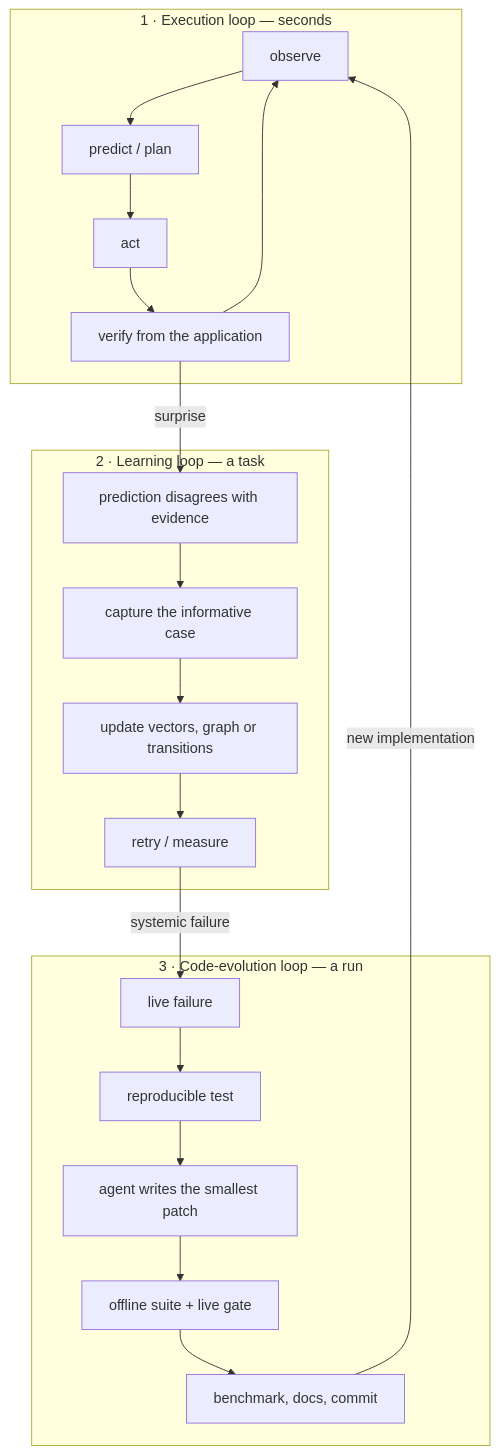
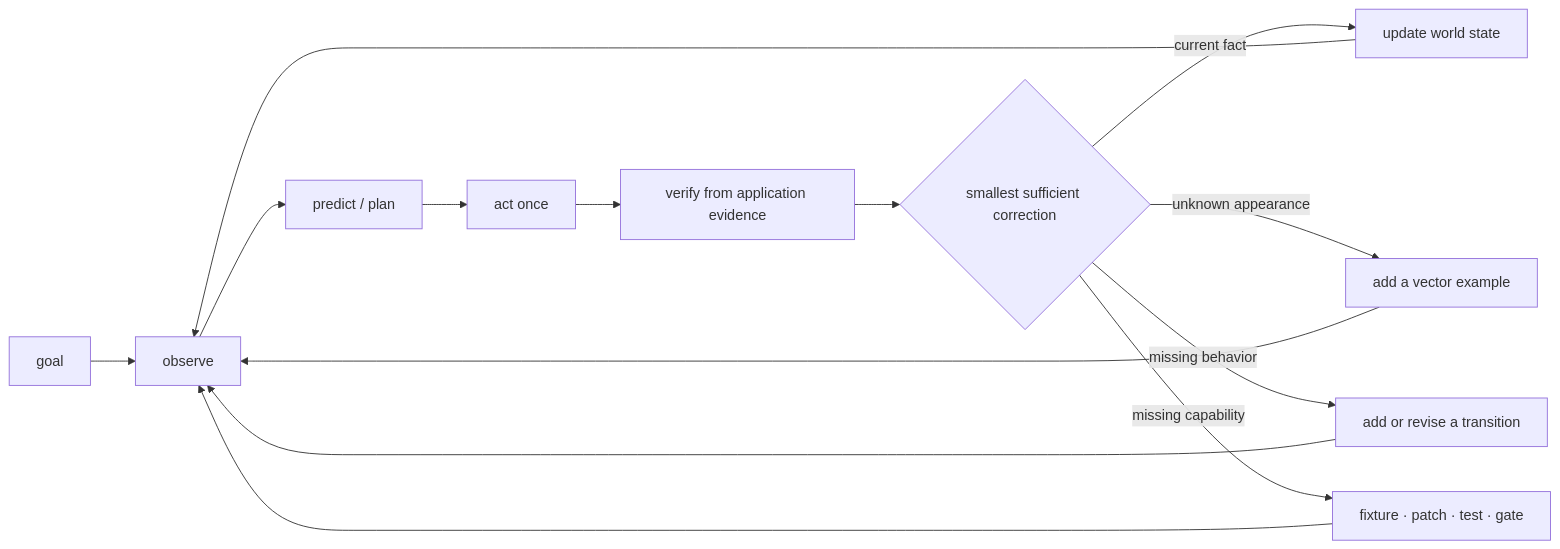
Before and after one commit to sergiimo/llm-game-agent: the diagram in README.md, drawn with Mermaid. The commit also changed other lines of this file and 1 other file, not shown here.

Commit message:
Unify improvement loop architecture

````diff
--- a/README.md
+++ b/README.md
@@ -29,26 +32,16 @@
 ```mermaid
-flowchart TB
-    subgraph EXEC["1 · Execution loop — seconds"]
-        O["observe"] --> P["predict / plan"]
-        P --> A["act"]
-        A --> V["verify from the application"]
-        V --> O
-    end
-
-    subgraph LEARN["2 · Learning loop — a task"]
-        D["prediction disagrees with evidence"] --> C["capture the informative case"]
-        C --> M["update vectors, graph or transitions"]
-        M --> R["retry / measure"]
-    end
-
-    subgraph EVOLVE["3 · Code-evolution loop — a run"]
-        F["live failure"] --> T["reproducible test"]
-        T --> X["agent writes the smallest patch"]
-        X --> G["offline suite + live gate"]
-        G --> B["benchmark, docs, commit"]
-    end
-
-    V -- "surprise" --> D
-    R -- "systemic failure" --> F
-    B -- "new implementation" --> O
+flowchart LR
+    G["goal"] --> O["observe"]
+    O --> P["predict / plan"]
+    P --> A["act once"]
+    A --> V["verify from application evidence"]
+    V --> D{"smallest sufficient correction"}
+    D -->|"current fact"| S["update world state"]
+    D -->|"unknown appearance"| M["add a vector example"]
+    D -->|"missing behavior"| T["add or revise a transition"]
+    D -->|"missing capability"| C["fixture · patch · test · gate"]
+    S --> O
+    M --> O
+    T --> O
+    C --> O
 ```
````
